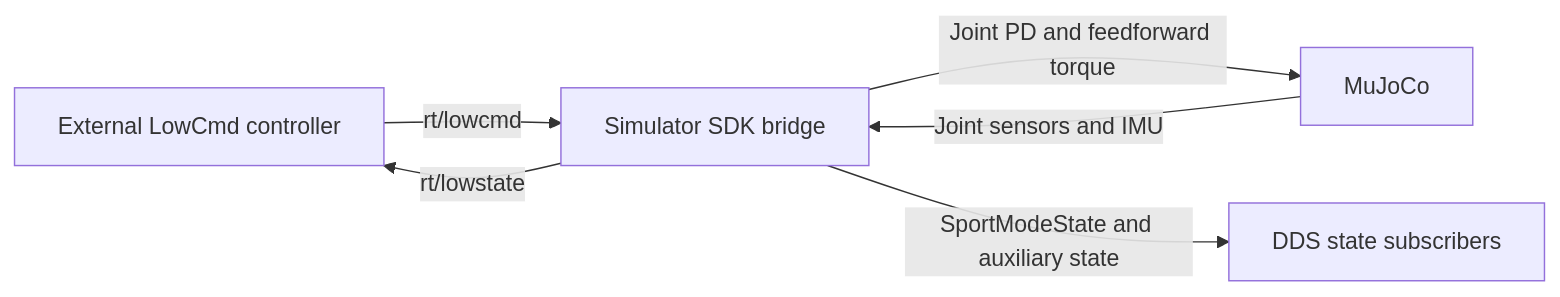
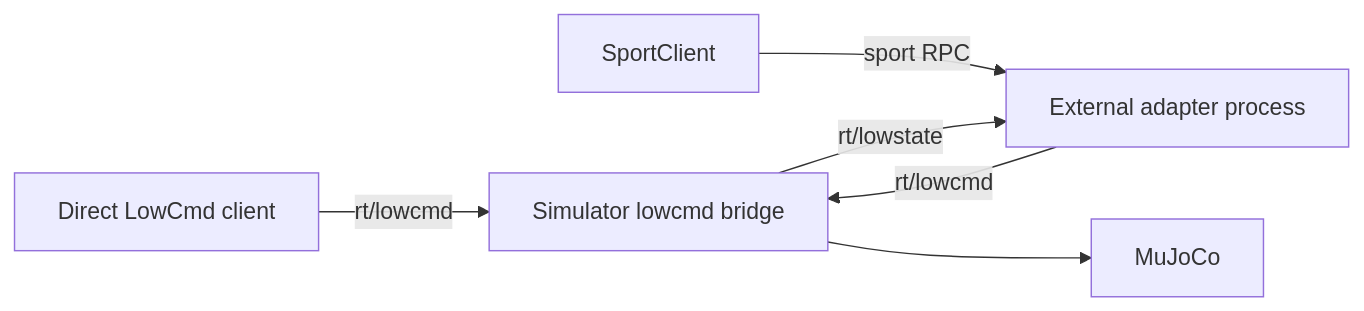
Before and after one commit to sparkleholic/unitree_mujoco: the first of 2 diagrams in docs/design.md, drawn with Mermaid. The commit also changed other lines of this file and 28 other files, not shown here.

````diff
--- a/docs/design.md
+++ b/docs/design.md
@@ -7,8 +15,8 @@
 ```mermaid
 flowchart LR
-    C[External LowCmd controller] -->|rt/lowcmd| B[Simulator SDK bridge]
-    B -->|Joint PD and feedforward torque| M[MuJoCo]
-    M -->|Joint sensors and IMU| B
-    B -->|rt/lowstate| C
-    B -->|SportModeState and auxiliary state| O[DDS state subscribers]
+    L[Direct LowCmd client] -->|rt/lowcmd| B[Simulator lowcmd bridge]
+    C[SportClient] -->|sport RPC| A[External adapter process]
+    A -->|rt/lowcmd| B
+    B -->|rt/lowstate| A
+    B --> M[MuJoCo]
 ```
````
